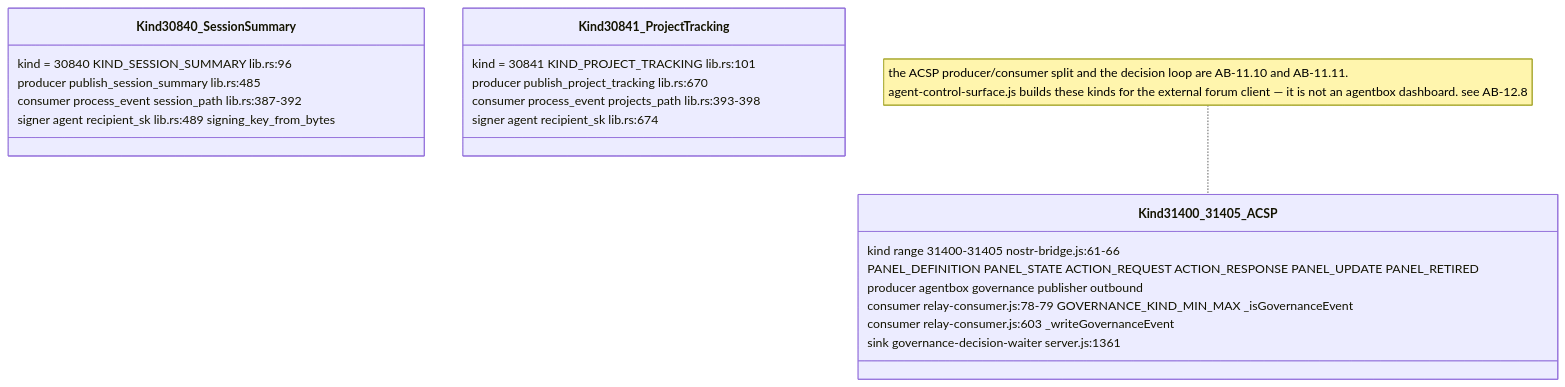
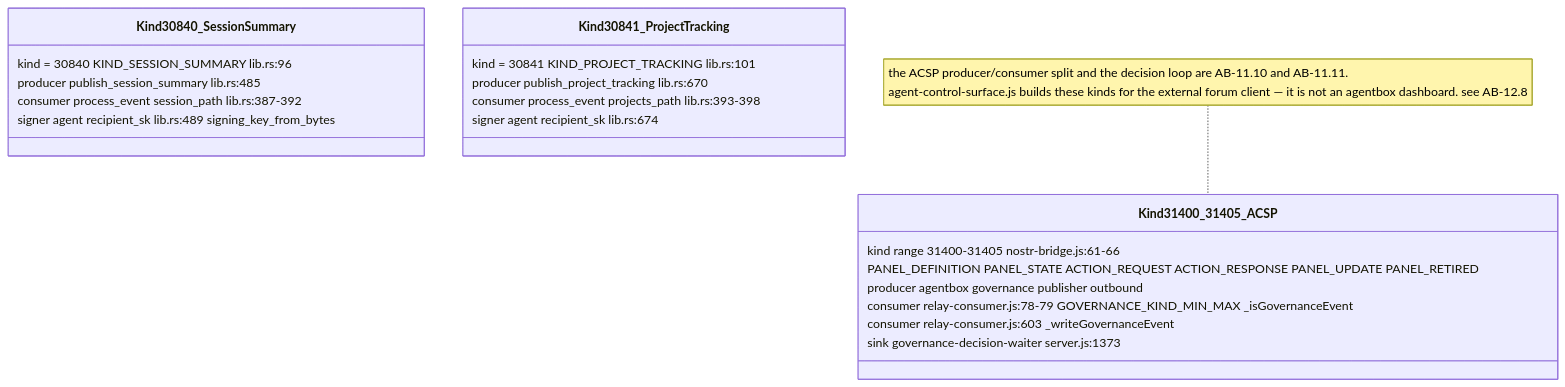
Before and after one commit to DreamLab-AI/VisionFlow: the fifth of 16 diagrams in docs/diagrams/agentbox/13-nostr-relay-gateway-bridge-mirror.md, drawn with Mermaid. The commit also changed other lines of this file and 17 other files, not shown here.

````diff
--- a/docs/diagrams/agentbox/13-nostr-relay-gateway-bridge-mirror.md
+++ b/docs/diagrams/agentbox/13-nostr-relay-gateway-bridge-mirror.md
@@ -204,24 +204,24 @@
 ```mermaid
 classDiagram
     class Kind30840_SessionSummary {
         kind = 30840 KIND_SESSION_SUMMARY lib.rs:96
         producer publish_session_summary lib.rs:485
         consumer process_event session_path lib.rs:387-392
         signer agent recipient_sk lib.rs:489 signing_key_from_bytes
     }
     class Kind30841_ProjectTracking {
         kind = 30841 KIND_PROJECT_TRACKING lib.rs:101
         producer publish_project_tracking lib.rs:670
         consumer process_event projects_path lib.rs:393-398
         signer agent recipient_sk lib.rs:674
     }
     class Kind31400_31405_ACSP {
         kind range 31400-31405 nostr-bridge.js:61-66
         PANEL_DEFINITION PANEL_STATE ACTION_REQUEST ACTION_RESPONSE PANEL_UPDATE PANEL_RETIRED
         producer agentbox governance publisher outbound
         consumer relay-consumer.js:78-79 GOVERNANCE_KIND_MIN_MAX _isGovernanceEvent
         consumer relay-consumer.js:603 _writeGovernanceEvent
-        sink governance-decision-waiter server.js:1361
+        sink governance-decision-waiter server.js:1373
     }
     note for Kind31400_31405_ACSP "the ACSP producer/consumer split and the decision loop are AB-11.10 and AB-11.11.<br/>agent-control-surface.js builds these kinds for the external forum client — it is not an agentbox dashboard. see AB-12.8"
 ```
````
